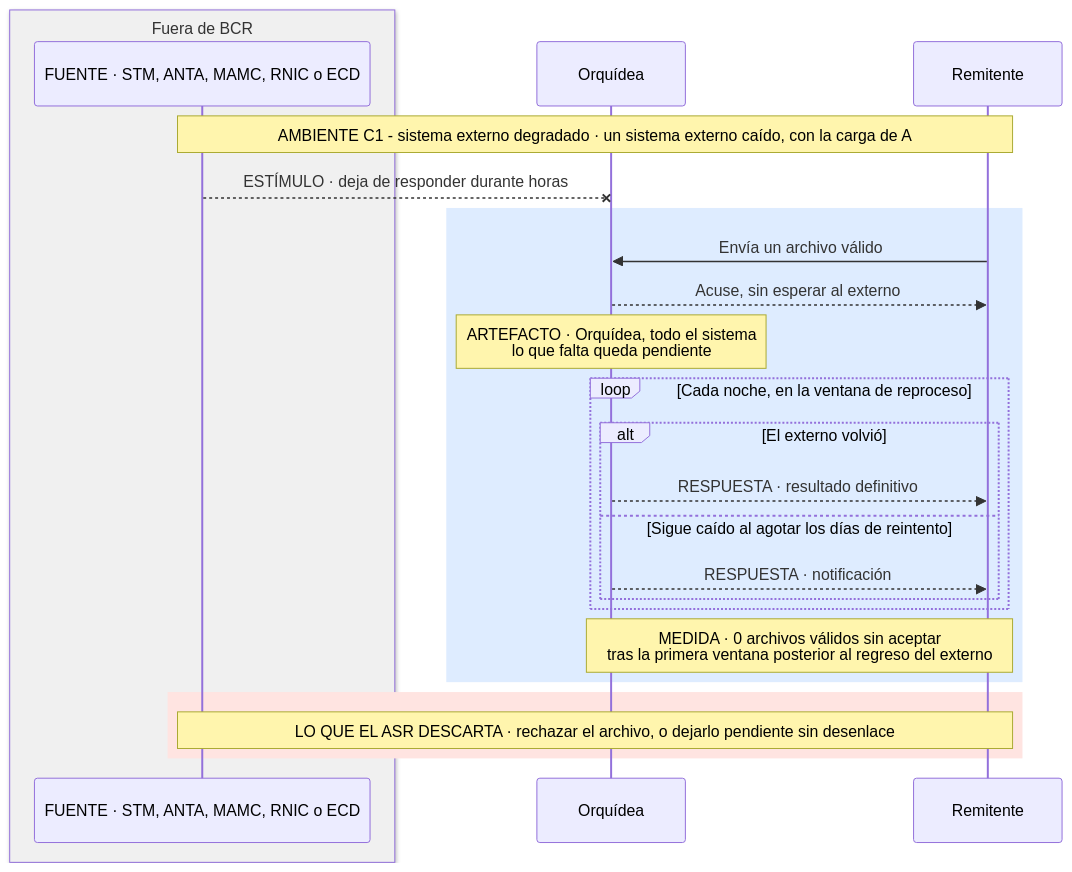
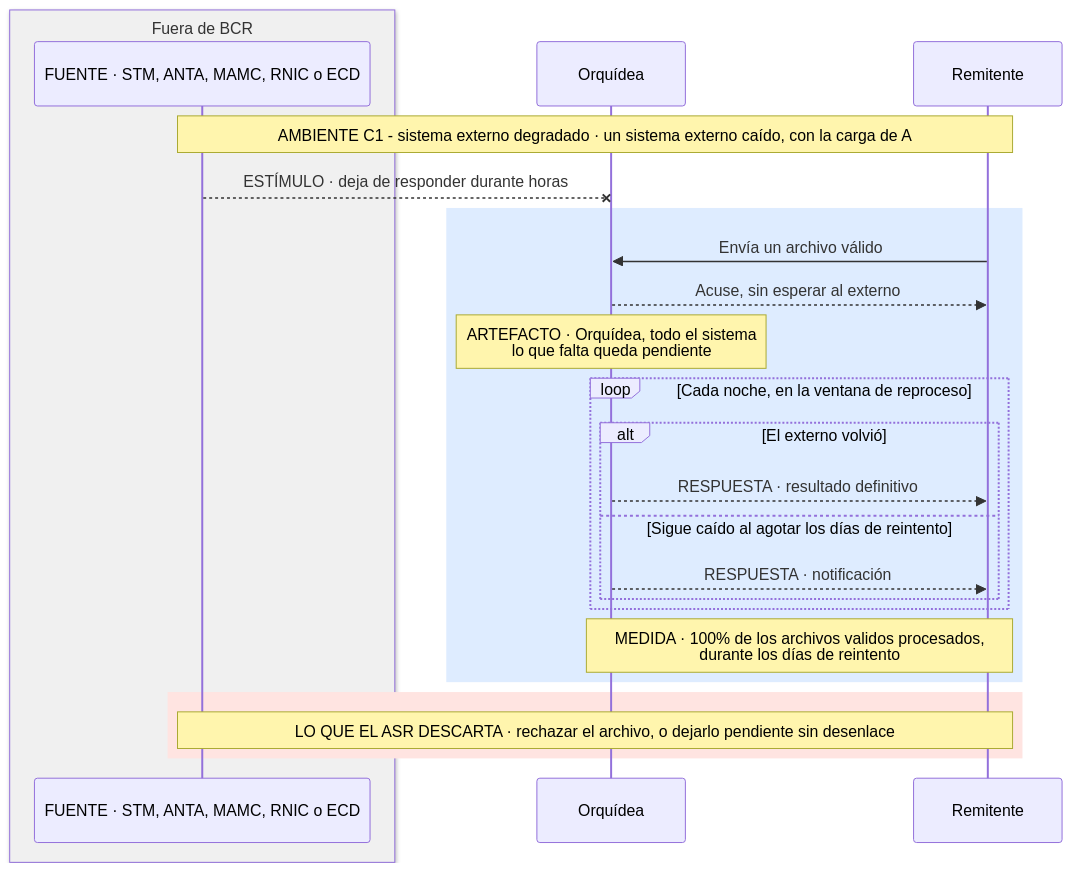
The first of 17 diagrams in docs/quality-attributes.md (MATI-MBIT/arqsoft-reto-4), drawn with Mermaid before and after one commit. The commit also changed other lines of this file, not shown here.

````diff
--- a/docs/quality-attributes.md
+++ b/docs/quality-attributes.md
@@ -174,26 +173,26 @@
 ```mermaid
 sequenceDiagram
     box rgb(240,240,240) Fuera de BCR
     participant X as FUENTE · STM, ANTA, MAMC, RNIC o ECD
     end
     participant O as Orquídea
     participant R as Remitente
     Note over X,R: AMBIENTE C1 - sistema externo degradado · un sistema externo caído, con la carga de A
     X--xO: ESTÍMULO · deja de responder durante horas
     rect rgb(222, 236, 255)
     R->>O: Envía un archivo válido
     O-->>R: Acuse, sin esperar al externo
     Note over O: ARTEFACTO · Orquídea, todo el sistema<br/>lo que falta queda pendiente
     loop Cada noche, en la ventana de reproceso
         alt El externo volvió
             O-->>R: RESPUESTA · resultado definitivo
         else Sigue caído al agotar los días de reintento
             O-->>R: RESPUESTA · notificación
         end
     end
-    Note over O,R: MEDIDA · 0 archivos válidos sin aceptar<br/>tras la primera ventana posterior al regreso del externo
+    Note over O,R: MEDIDA · 100% de los archivos validos procesados, <br/> durante los días de reintento
     end
     rect rgb(255, 228, 225)
     Note over X,R: LO QUE EL ASR DESCARTA · rechazar el archivo, o dejarlo pendiente sin desenlace
     end
 ```
````
